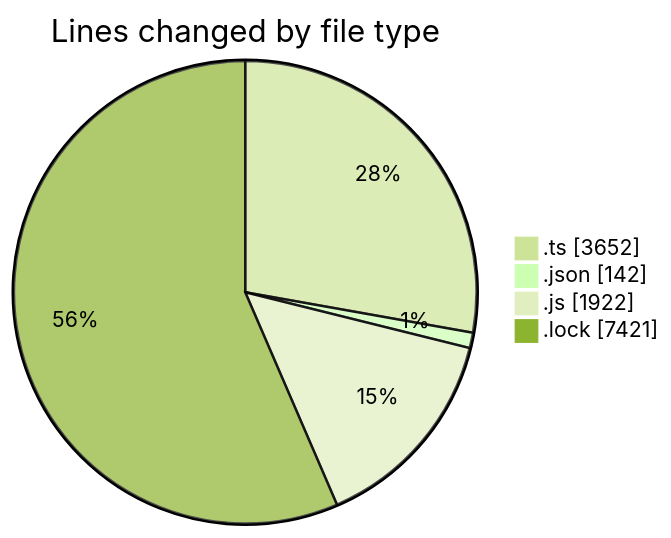
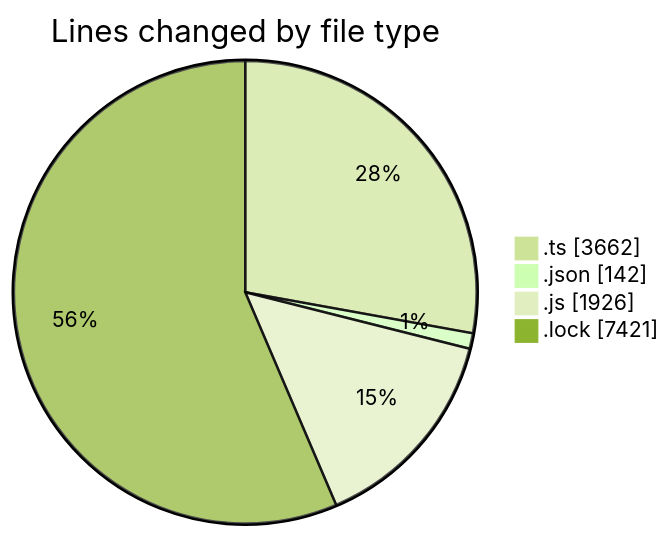
One commit to momahboobian/code-tracking changed the first of 2 diagrams in 2025-07-30/cda/README.md. Above: the diagram before and after it, drawn with Mermaid (forest theme). The commit also changed other lines of this file and 1 other file, not shown here.

````diff
--- a/2025-07-30/cda/README.md
+++ b/2025-07-30/cda/README.md
@@ -29,8 +29,8 @@
 ```mermaid
 pie showData
 title Lines changed by file type
-".ts" : 3652
+".ts" : 3662
 ".json" : 142
-".js" : 1922
+".js" : 1926
 ".lock" : 7421
 ```
````
